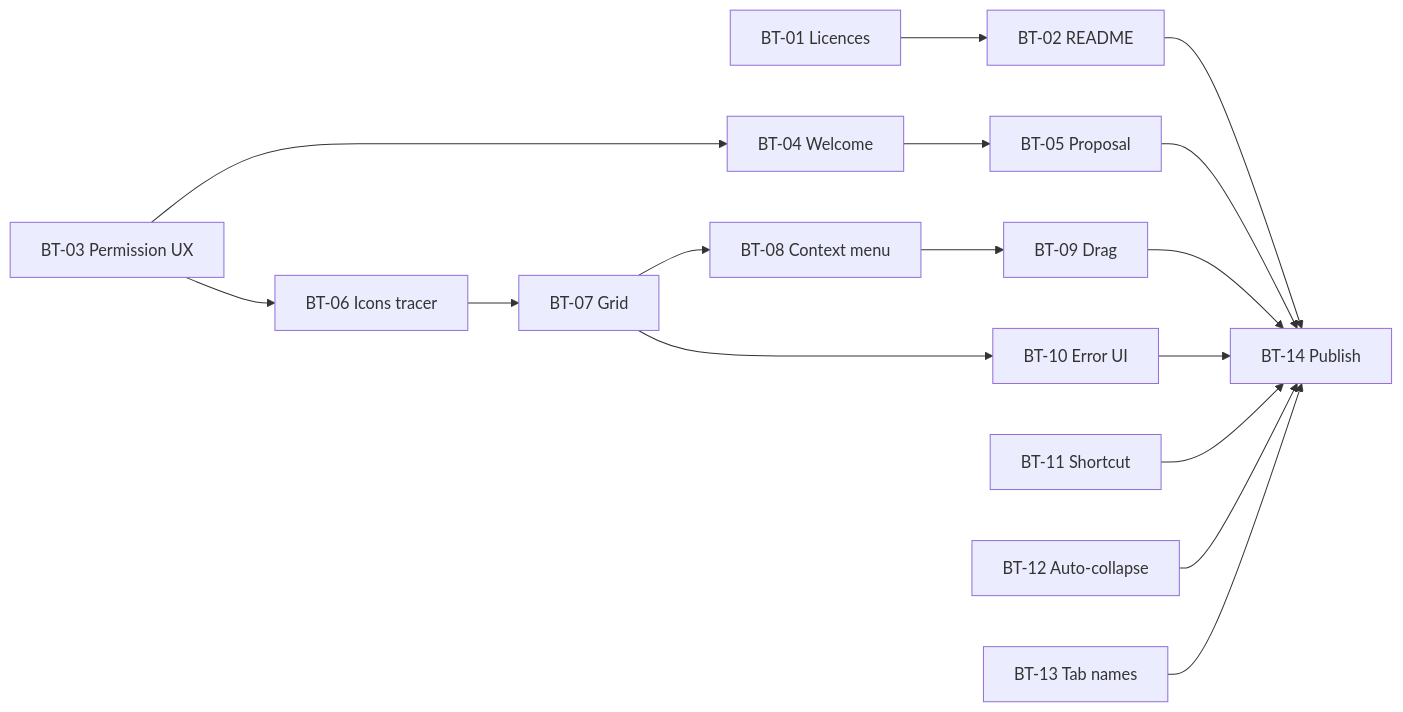
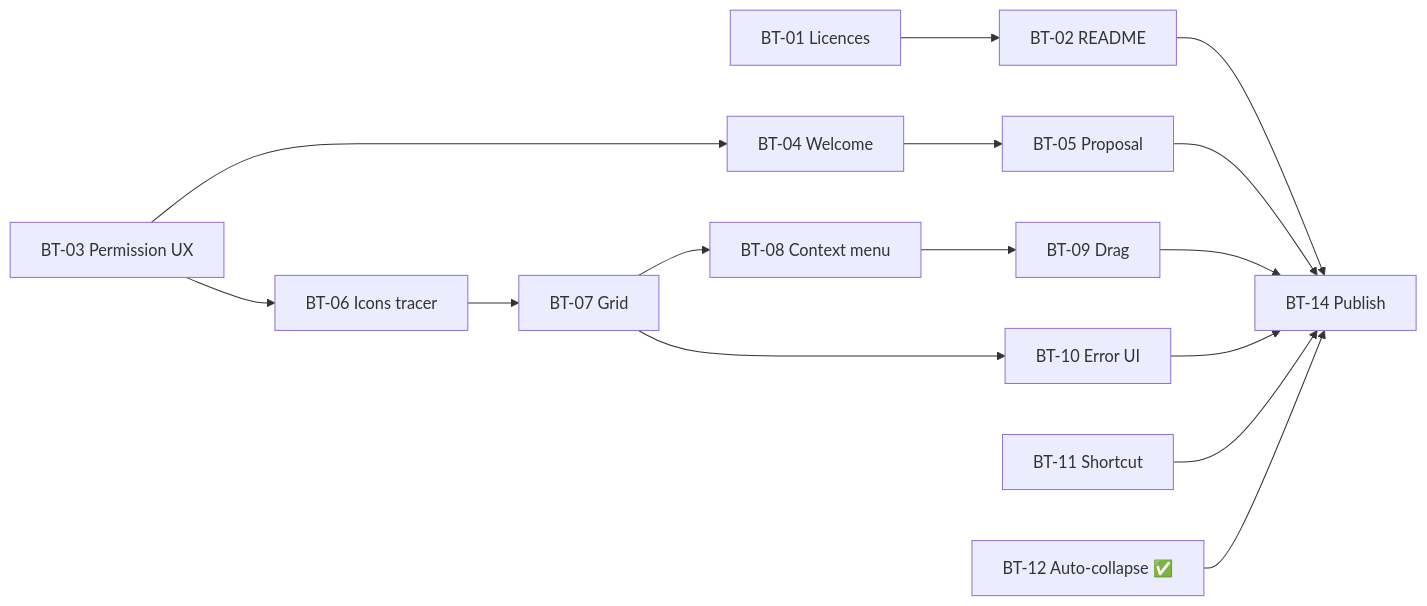
One commit to Kodak2383/BarT changed the diagram in docs/BOARD.md. Above: the diagram before and after it, drawn with Mermaid. The commit also changed other lines of this file and 2 other files, not shown here.

First line of the commit message:
BT-12: collapse the revealed bar after 15 s of inactivity

````diff
--- a/docs/BOARD.md
+++ b/docs/BOARD.md
@@ -44,21 +53,19 @@
 ```mermaid
 graph LR
   BT01[BT-01 Licences] --> BT02[BT-02 README]
   BT03[BT-03 Permission UX] --> BT04[BT-04 Welcome]
   BT04 --> BT05[BT-05 Proposal]
   BT03 --> BT06[BT-06 Icons tracer]
   BT06 --> BT07[BT-07 Grid]
   BT07 --> BT08[BT-08 Context menu]
   BT08 --> BT09[BT-09 Drag]
   BT07 --> BT10[BT-10 Error UI]
   BT11[BT-11 Shortcut]
-  BT12[BT-12 Auto-collapse]
-  BT13[BT-13 Tab names]
+  BT12[BT-12 Auto-collapse ✅]
   BT02 --> BT14[BT-14 Publish]
   BT05 --> BT14
   BT09 --> BT14
   BT10 --> BT14
   BT11 --> BT14
   BT12 --> BT14
-  BT13 --> BT14
 ```
````
